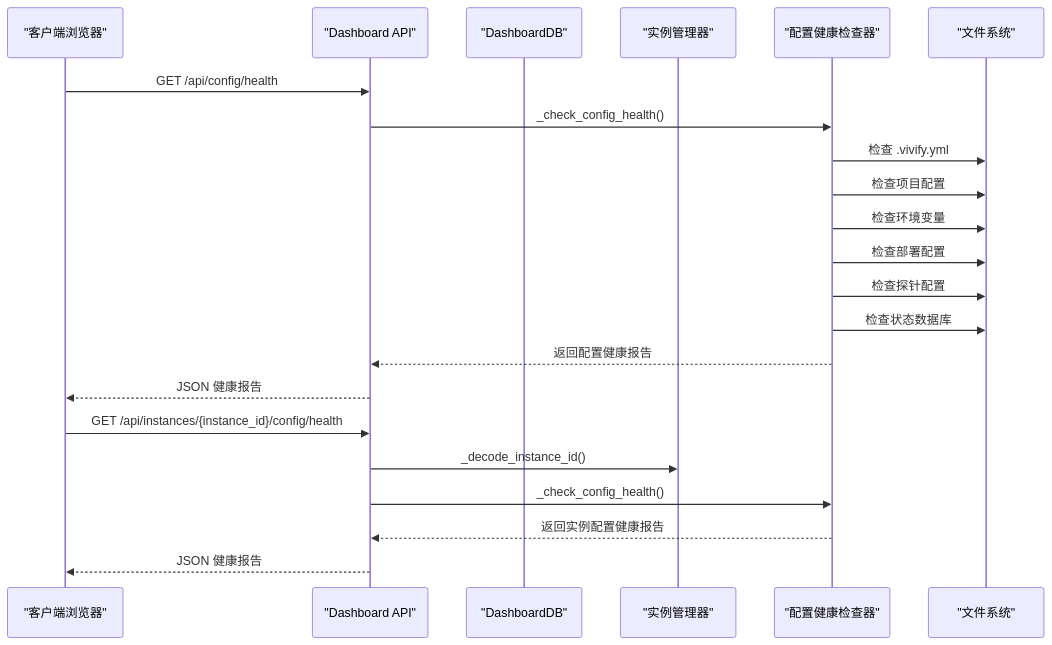
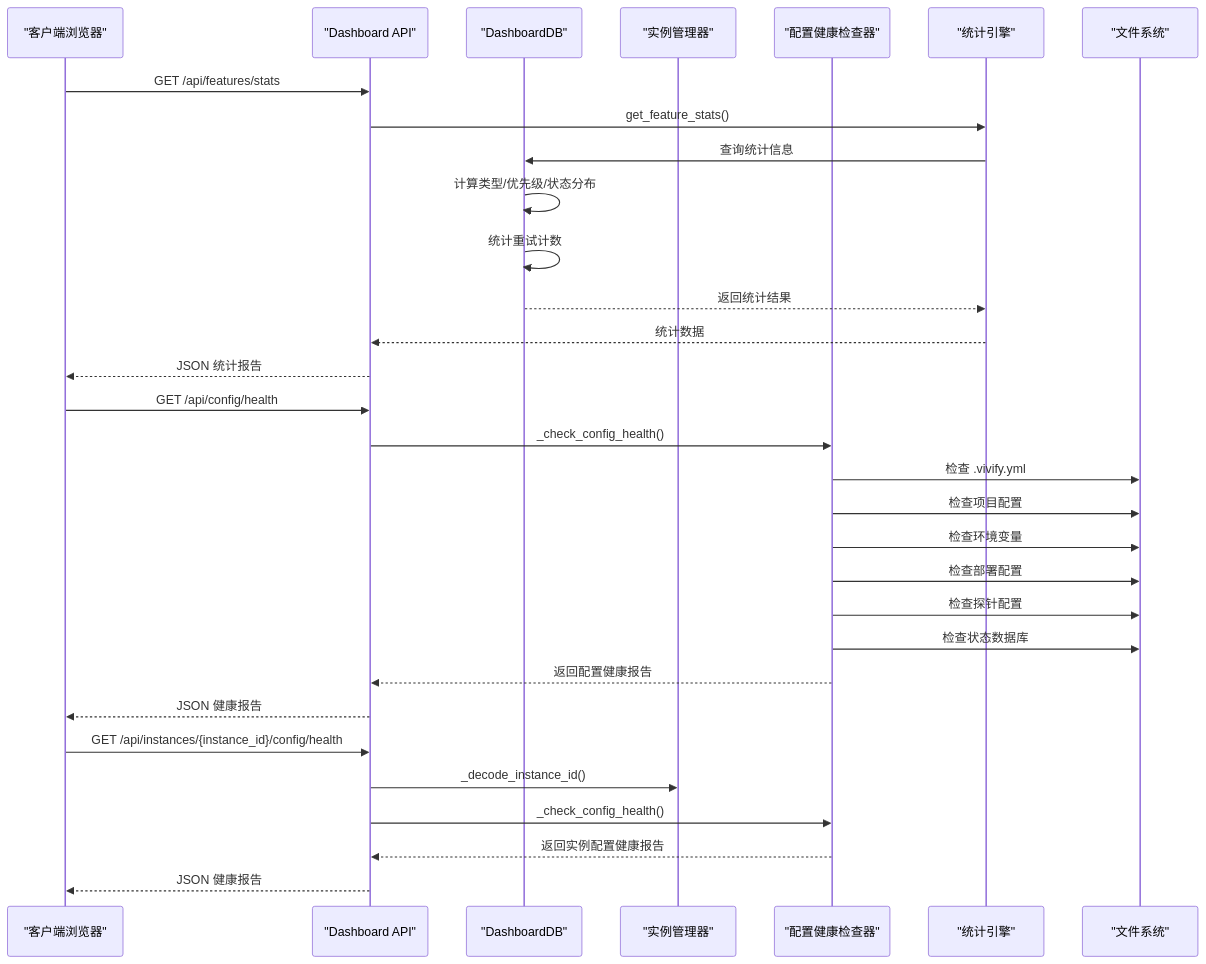
The fourth of 26 diagrams in .qoder/repowiki/zh/content/技术实现参考/Web仪表板系统.md (pinsonchen/vivify), drawn with Mermaid before and after one commit. The commit also changed other lines of this file and 102 other files, not shown here.

````diff
--- a/.qoder/repowiki/zh/content/技术实现参考/Web仪表板系统.md
+++ b/.qoder/repowiki/zh/content/技术实现参考/Web仪表板系统.md
@@ -334,24 +347,33 @@
 ```mermaid
 sequenceDiagram
 participant Client as "客户端浏览器"
 participant API as "Dashboard API"
 participant DB as "DashboardDB"
 participant InstanceMgr as "实例管理器"
 participant ConfigHealth as "配置健康检查器"
+participant Statistics as "统计引擎"
 participant FS as "文件系统"
+Client->>API : GET /api/features/stats
+API->>Statistics : get_feature_stats()
+Statistics->>DB : 查询统计信息
+DB->>DB : 计算类型/优先级/状态分布
+DB->>DB : 统计重试计数
+DB-->>Statistics : 返回统计结果
+Statistics-->>API : 统计数据
+API-->>Client : JSON 统计报告
 Client->>API : GET /api/config/health
 API->>ConfigHealth : _check_config_health()
 ConfigHealth->>FS : 检查 .vivify.yml
 ConfigHealth->>FS : 检查项目配置
 ConfigHealth->>FS : 检查环境变量
 ConfigHealth->>FS : 检查部署配置
 ConfigHealth->>FS : 检查探针配置
 ConfigHealth->>FS : 检查状态数据库
 ConfigHealth-->>API : 返回配置健康报告
 API-->>Client : JSON 健康报告
 Client->>API : GET /api/instances/{instance_id}/config/health
 API->>InstanceMgr : _decode_instance_id()
 API->>ConfigHealth : _check_config_health()
 ConfigHealth-->>API : 返回实例配置健康报告
 API-->>Client : JSON 健康报告
 ```
````
